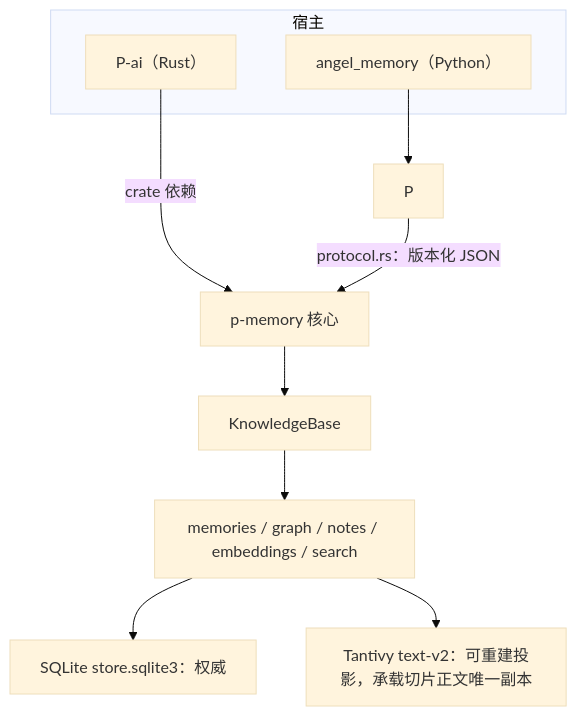
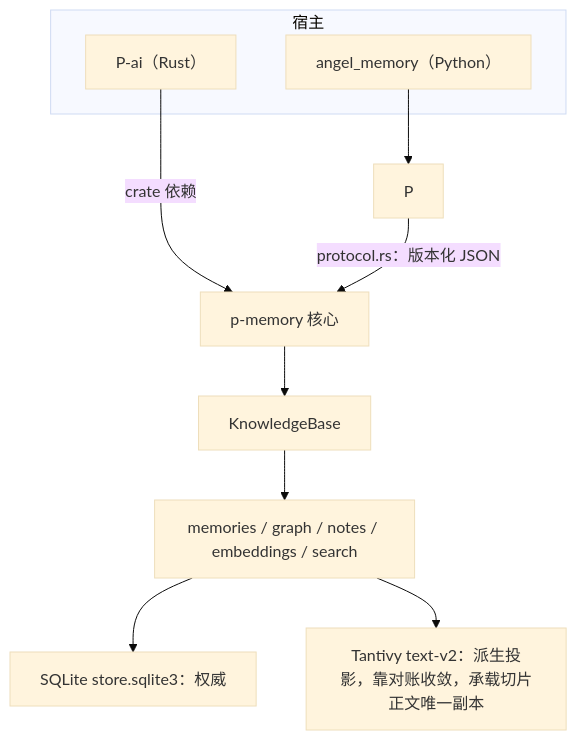
One commit to kawayiYokami/p-memory changed the first of 4 diagrams in docs/architecture.md. Above: the diagram before and after it, drawn with Mermaid (base theme). The commit also changed other lines of this file and 22 other files, not shown here.

````diff
--- a/docs/architecture.md
+++ b/docs/architecture.md
@@ -7,14 +7,14 @@
 ```mermaid
 flowchart TD
     subgraph H["宿主"]
         A["P-ai（Rust）"]
         C["angel_memory（Python）"]
     end
     A -->|"crate 依赖"| K["p-memory 核心"]
     C --> P
     P -->|"protocol.rs：版本化 JSON"| K
     K --> API["KnowledgeBase"]
     API --> D["memories / graph / notes / embeddings / search"]
     D --> ST["SQLite store.sqlite3：权威"]
-    D --> IX["Tantivy text-v2：可重建投影，承载切片正文唯一副本"]
+    D --> IX["Tantivy text-v2：派生投影，靠对账收敛，承载切片正文唯一副本"]
 ```
````
